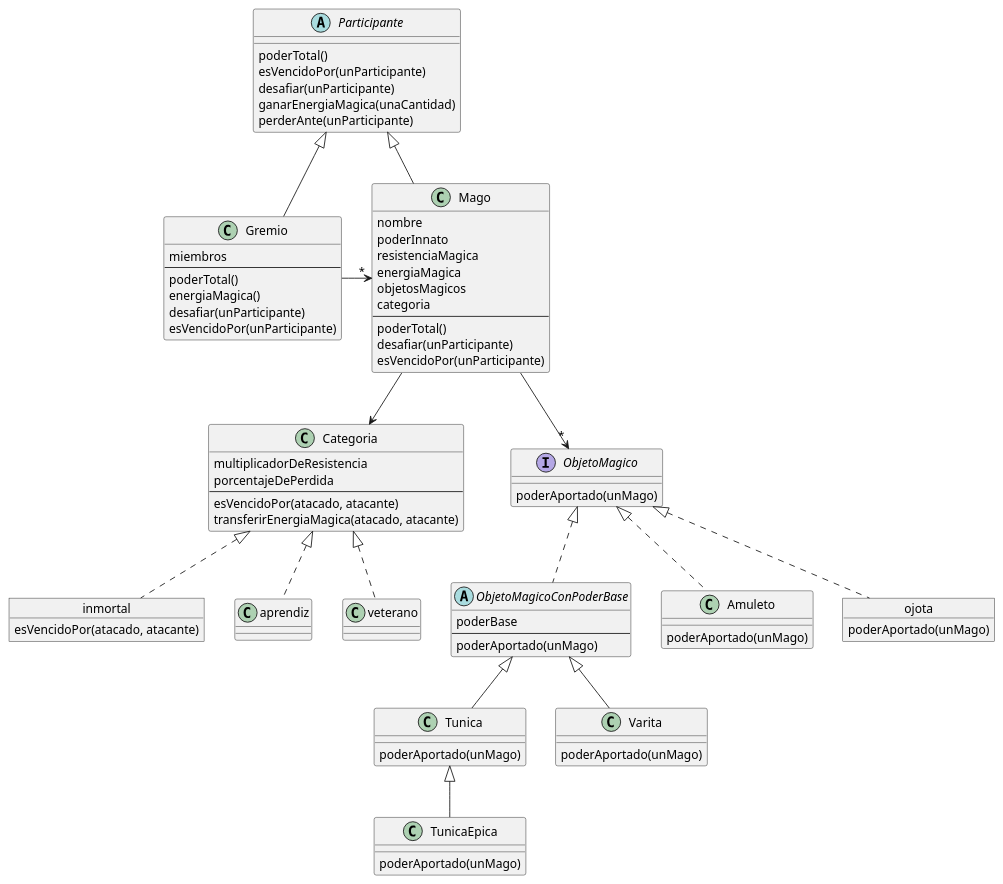
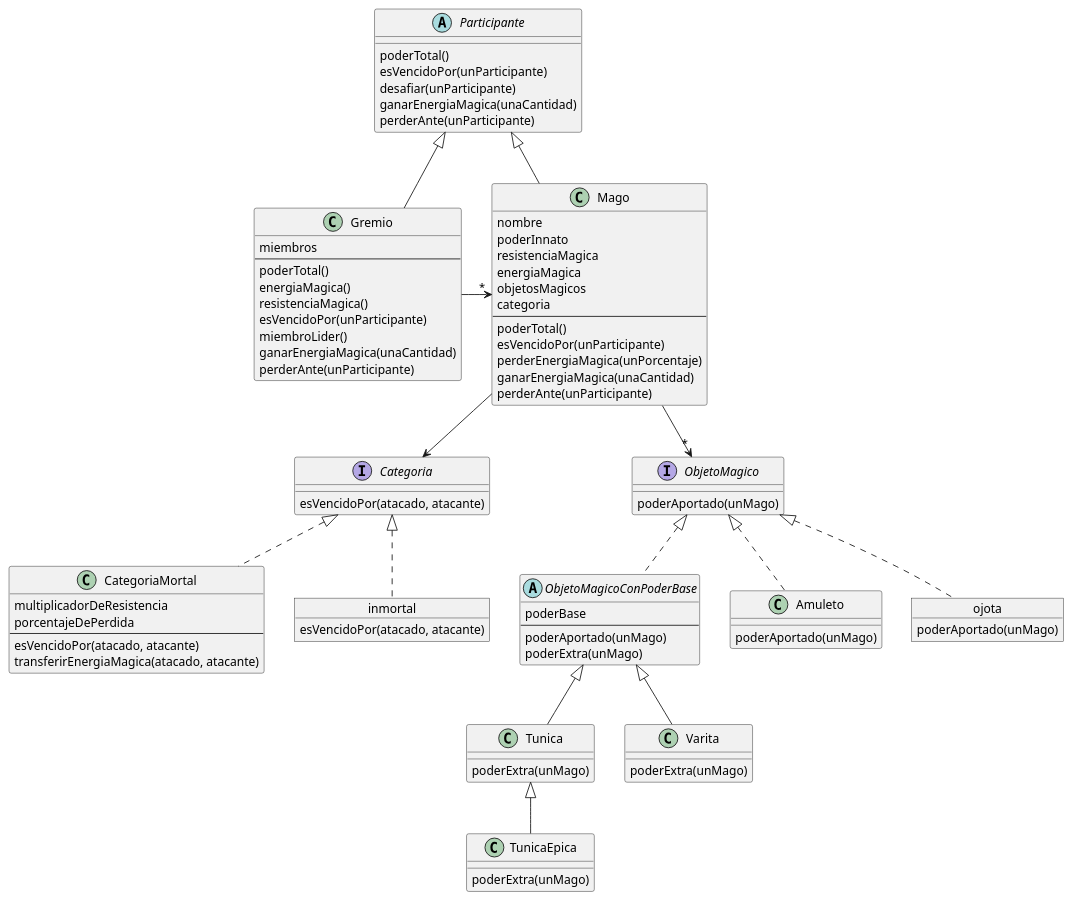
One commit to lrizzitano/rizzitano_recuperatorio_objetos changed the diagram in rizzitano_recuperatorio_objetos/diagrama_solucion.plantuml. Above: the diagram before and after it, drawn with PlantUML. The commit also changed 3 other files, not shown here.

```diff
--- a/rizzitano_recuperatorio_objetos/diagrama_solucion.plantuml
+++ b/rizzitano_recuperatorio_objetos/diagrama_solucion.plantuml
@@ -1,94 +1,103 @@
 @startuml torneoDeMagos
 
 abstract class Participante {
     poderTotal()
     esVencidoPor(unParticipante)
     desafiar(unParticipante)
     ganarEnergiaMagica(unaCantidad)
     perderAnte(unParticipante)
 }
 
 class Mago {
     nombre
     poderInnato
     resistenciaMagica
     energiaMagica
     objetosMagicos
     categoria
     --
     poderTotal()
-    desafiar(unParticipante)
     esVencidoPor(unParticipante)
+    perderEnergiaMagica(unPorcentaje)
+    ganarEnergiaMagica(unaCantidad)
+    perderAnte(unParticipante)
 }
 
 class Gremio {
     miembros
     --
     poderTotal()
     energiaMagica()
-    desafiar(unParticipante)
+    resistenciaMagica()
     esVencidoPor(unParticipante)
+    miembroLider()
+    ganarEnergiaMagica(unaCantidad)
+    perderAnte(unParticipante)
 }
 
-class Categoria {
+interface Categoria {
+    esVencidoPor(atacado, atacante)
+}
+
+class CategoriaMortal {
     multiplicadorDeResistencia
     porcentajeDePerdida
     --
     esVencidoPor(atacado, atacante)
     transferirEnergiaMagica(atacado, atacante)
 }
 
 object inmortal {
     esVencidoPor(atacado, atacante)
 }
 
 interface ObjetoMagico {
     poderAportado(unMago)
 }
 
 abstract class ObjetoMagicoConPoderBase {
     poderBase
     --
     poderAportado(unMago)
+    poderExtra(unMago)
 }
 
 class Varita {
-    poderAportado(unMago)
+    poderExtra(unMago)
 }
 
 class Tunica {
-    poderAportado(unMago)
+    poderExtra(unMago)
 }
 
 class TunicaEpica {
-    poderAportado(unMago)
+    poderExtra(unMago)
 }
 
 class Amuleto {
     poderAportado(unMago)
 }
 
 object ojota {
     poderAportado(unMago)
 }
 
 Mago -u-|> Participante
 Gremio -u-|> Participante
 Gremio -> "*" Mago
 
 Mago --> "*" ObjetoMagico
 Mago --> Categoria
 
 Amuleto .u.|> ObjetoMagico
 ojota .u.|> ObjetoMagico
 ObjetoMagicoConPoderBase .u.|> ObjetoMagico
 
 Varita -u-|> ObjetoMagicoConPoderBase
 Tunica -u-|> ObjetoMagicoConPoderBase
 TunicaEpica -u-|> Tunica
 
-aprendiz .u.|> Categoria
-veterano .u.|> Categoria
+CategoriaMortal .u.|> Categoria
 inmortal .u.|> Categoria
 
 @enduml
```
